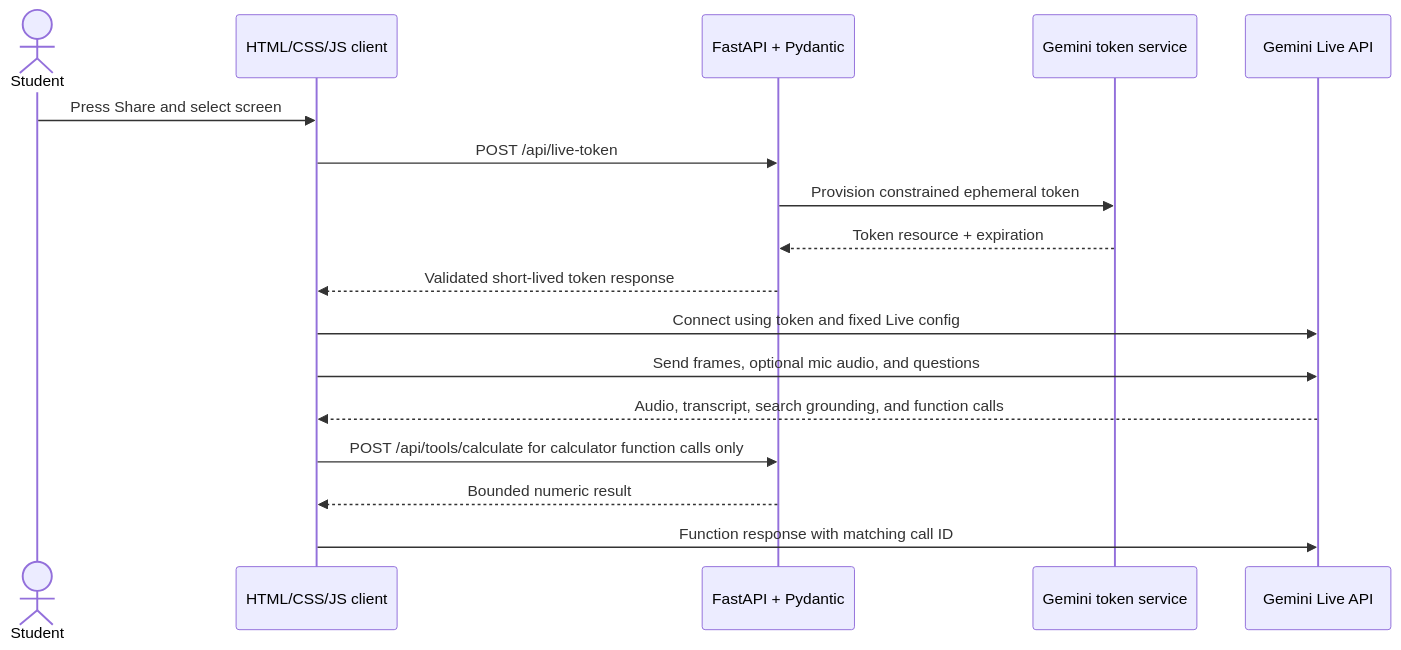
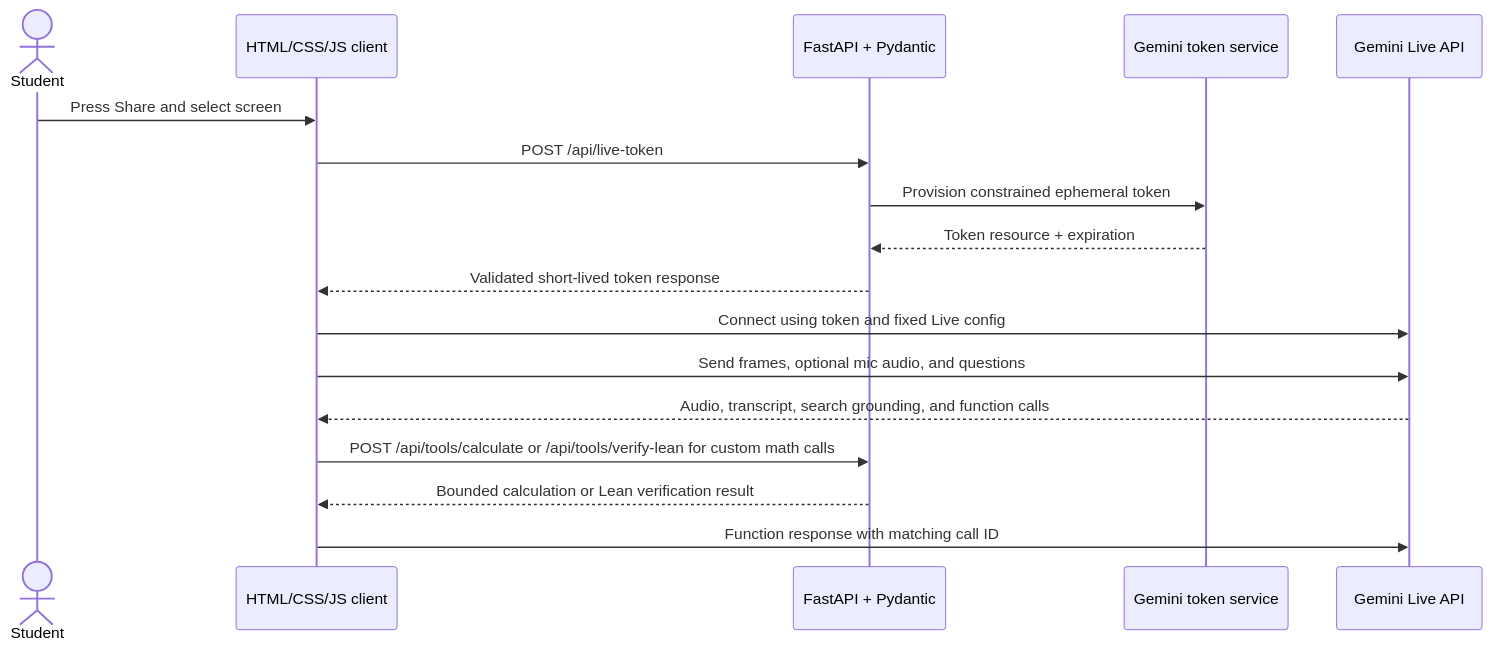
One commit to allenz2423/hackruf26 changed the diagram in docs/backend-design.md. Above: the diagram before and after it, drawn with Mermaid. The commit also changed other lines of this file and 16 other files, not shown here.

Commit message:
Add local Lean proof verification tool

````diff
--- a/docs/backend-design.md
+++ b/docs/backend-design.md
@@ -87,20 +87,20 @@
 ```mermaid
 sequenceDiagram
     actor Student
     participant Browser as HTML/CSS/JS client
     participant App as FastAPI + Pydantic
     participant Google as Gemini token service
     participant Live as Gemini Live API
 
     Student->>Browser: Press Share and select screen
     Browser->>App: POST /api/live-token
     App->>Google: Provision constrained ephemeral token
     Google-->>App: Token resource + expiration
     App-->>Browser: Validated short-lived token response
     Browser->>Live: Connect using token and fixed Live config
     Browser->>Live: Send frames, optional mic audio, and questions
     Live-->>Browser: Audio, transcript, search grounding, and function calls
-    Browser->>App: POST /api/tools/calculate for calculator function calls only
-    App-->>Browser: Bounded numeric result
+    Browser->>App: POST /api/tools/calculate or /api/tools/verify-lean for custom math calls
+    App-->>Browser: Bounded calculation or Lean verification result
     Browser->>Live: Function response with matching call ID
 ```
````
